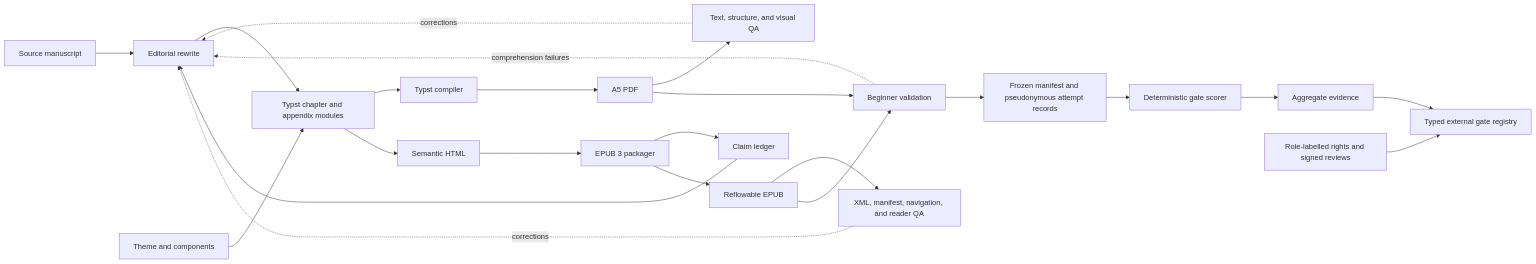
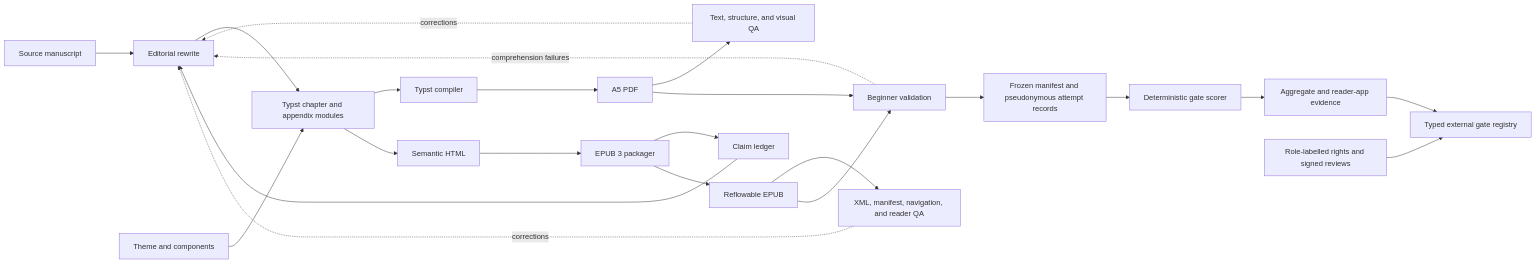
The fifth of 5 diagrams in AGENTS.md (streamentry/streamentry), drawn with Mermaid before and after one commit. The commit also changed other lines of this file and 33 other files, not shown here.

````diff
--- a/AGENTS.md
+++ b/AGENTS.md
@@ -150,25 +150,25 @@
 ```mermaid
 flowchart LR
   S["Source manuscript"] --> E["Editorial rewrite"]
   P["Primary texts and editions"] --> L["Claim ledger"]
   L --> E
   E --> T["Typst chapter and appendix modules"]
   Y["Theme and components"] --> T
   T --> C["Typst compiler"]
   C --> D["A5 PDF"]
   T --> H["Semantic HTML"]
   H --> P["EPUB 3 packager"]
   P --> U["Reflowable EPUB"]
   D --> Q["Text, structure, and visual QA"]
   U --> V["XML, manifest, navigation, and reader QA"]
   D --> B["Beginner validation"]
   U --> B
   B --> R["Frozen manifest and pseudonymous attempt records"]
   R --> SC["Deterministic gate scorer"]
-  SC --> AE["Aggregate evidence"]
+  SC --> AE["Aggregate and reader-app evidence"]
   AE --> X["Typed external gate registry"]
   ER["Role-labelled rights and signed reviews"] --> X
   Q -. "corrections" .-> E
   V -. "corrections" .-> E
   B -. "comprehension failures" .-> E
 ```
````
